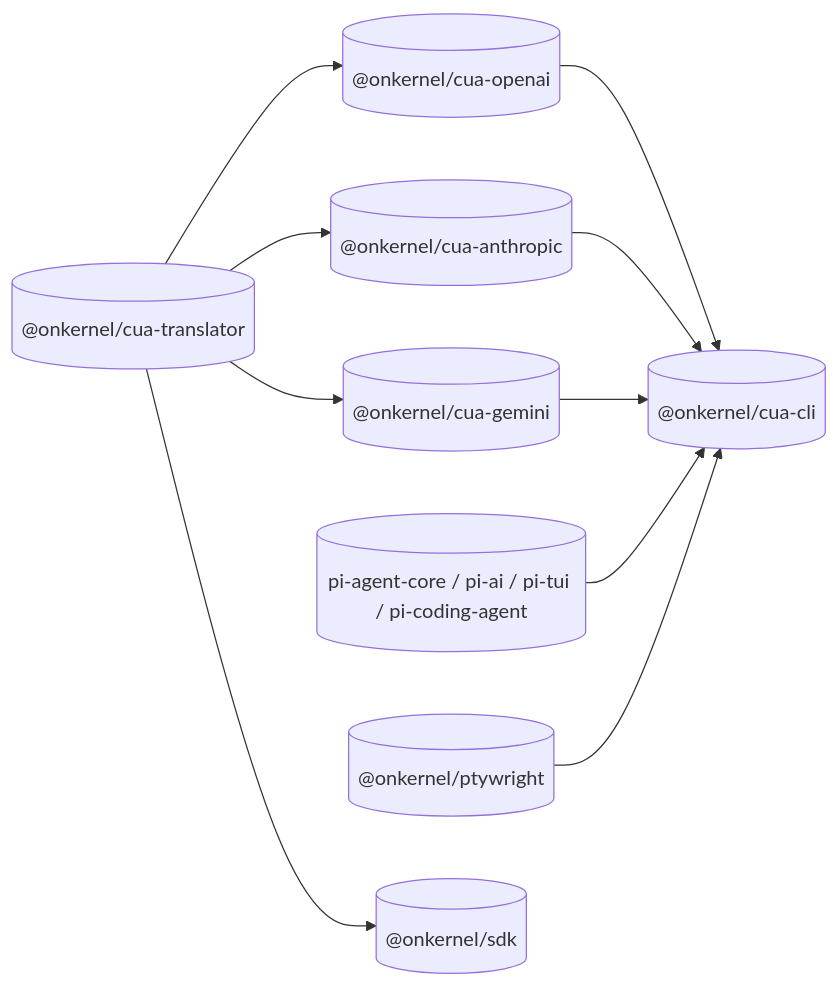
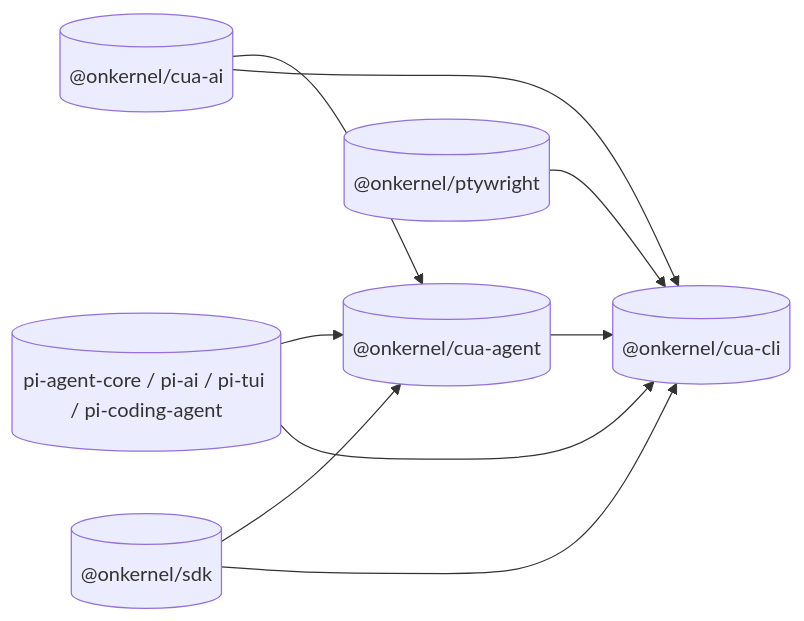
Before and after one commit to kernel/cua: the first of 2 diagrams in docs/architecture.md, drawn with Mermaid. The commit also changed other lines of this file and 82 other files, not shown here.

````diff
--- a/docs/architecture.md
+++ b/docs/architecture.md
@@ -95,20 +76,17 @@
 ```mermaid
 flowchart LR
-  trans[("@onkernel/cua-translator")]
-  oai[("@onkernel/cua-openai")]
-  ant[("@onkernel/cua-anthropic")]
-  gem[("@onkernel/cua-gemini")]
+  ai[("@onkernel/cua-ai")]
+  agent[("@onkernel/cua-agent")]
   cli[("@onkernel/cua-cli")]
   pty[("@onkernel/ptywright")]
   pi[("pi-agent-core / pi-ai / pi-tui / pi-coding-agent")]
   sdk[("@onkernel/sdk")]
-  trans --> oai
-  trans --> ant
-  trans --> gem
-  trans --> sdk
-  oai --> cli
-  ant --> cli
-  gem --> cli
+  ai --> agent
+  agent --> cli
+  ai --> cli
+  pi --> agent
   pi --> cli
+  sdk --> agent
+  sdk --> cli
   pty --> cli
 ```
````
